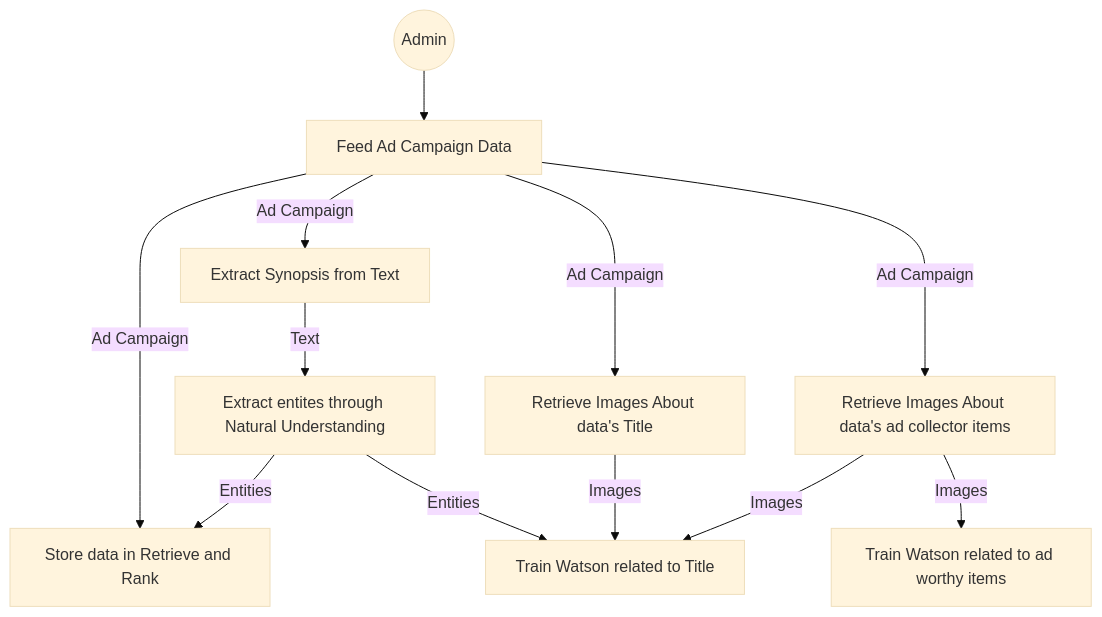
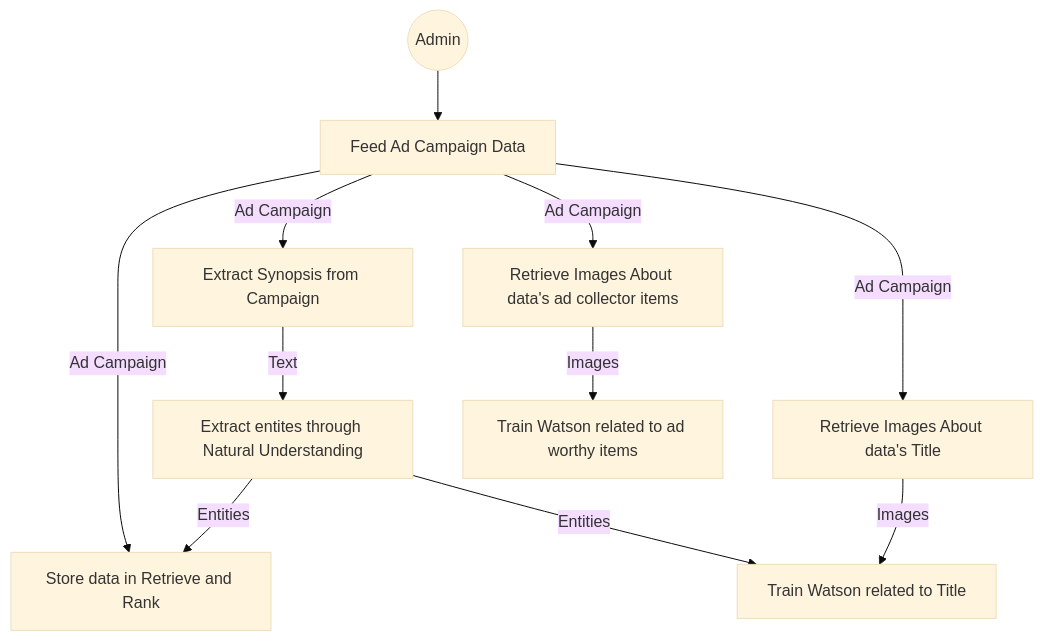
One commit to formula1/att-hackathon changed the diagram in flowcharts/ad-campaign.mmd. Above: the diagram before and after it, drawn with Mermaid (base theme). The commit also changed 25 other files, not shown here.

```diff
--- a/flowcharts/ad-campaign.mmd
+++ b/flowcharts/ad-campaign.mmd
@@ -1,25 +1,25 @@
 graph TD;
     adminStart((Admin))
     adminInput[Feed Ad Campaign Data]
-    adminText[Extract Synopsis from Text]
+    adminText[Extract Synopsis from Campaign]
     adminTExtract[Extract entites through Natural Understanding]
     adminTIndex[Store data in Retrieve and Rank]
 
     adminVRetreive[Retrieve Images About data's Title]
     adminVTrain[Train Watson related to Title]
+
     adminVRetreiveItems[Retrieve Images About data's ad collector items]
     adminVTrainItems[Train Watson related to ad worthy items]
 
     adminStart-->adminInput;
     adminInput-- Ad Campaign -->adminText
     adminText-- Text -->adminTExtract
     adminInput-- Ad Campaign -->adminTIndex
     adminTExtract-- Entities -->adminTIndex
     adminTExtract-- Entities -->adminVTrain
 
     adminInput-- Ad Campaign -->adminVRetreive
     adminVRetreive-- Images -->adminVTrain
 
     adminInput-- Ad Campaign -->adminVRetreiveItems
-    adminVRetreiveItems-- Images -->adminVTrain
     adminVRetreiveItems-- Images -->adminVTrainItems
```
